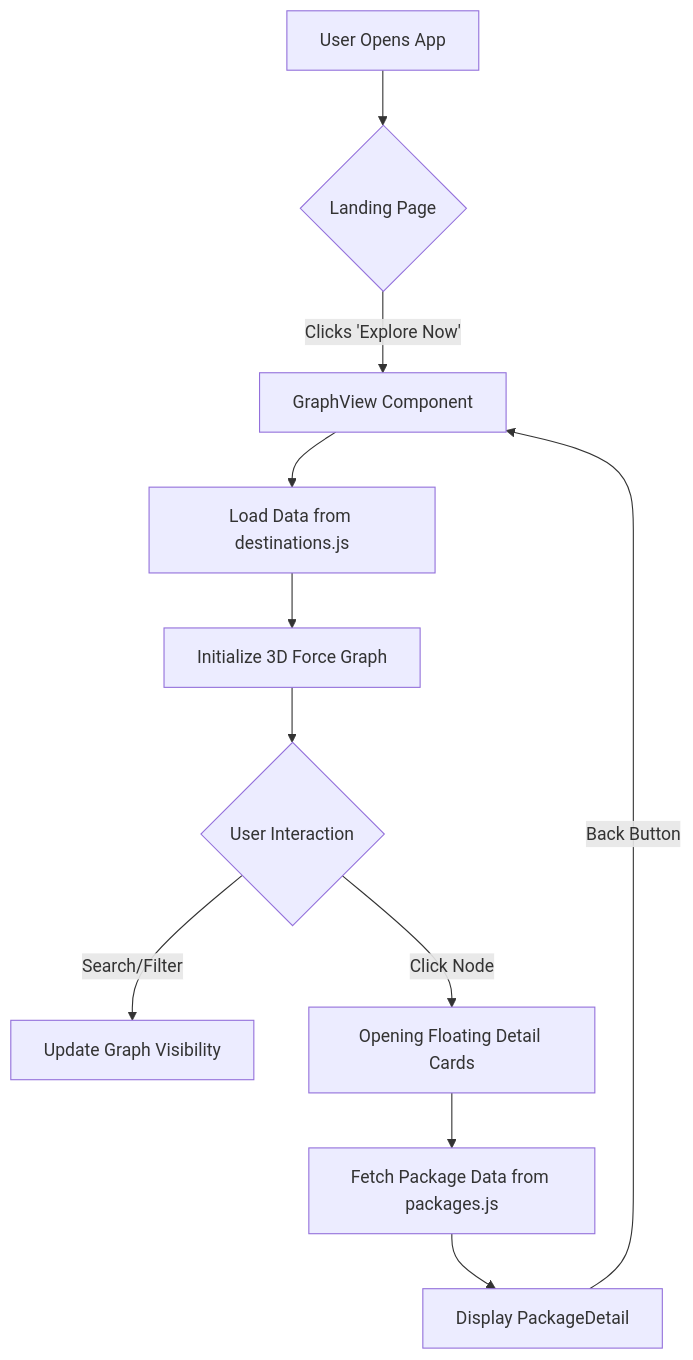
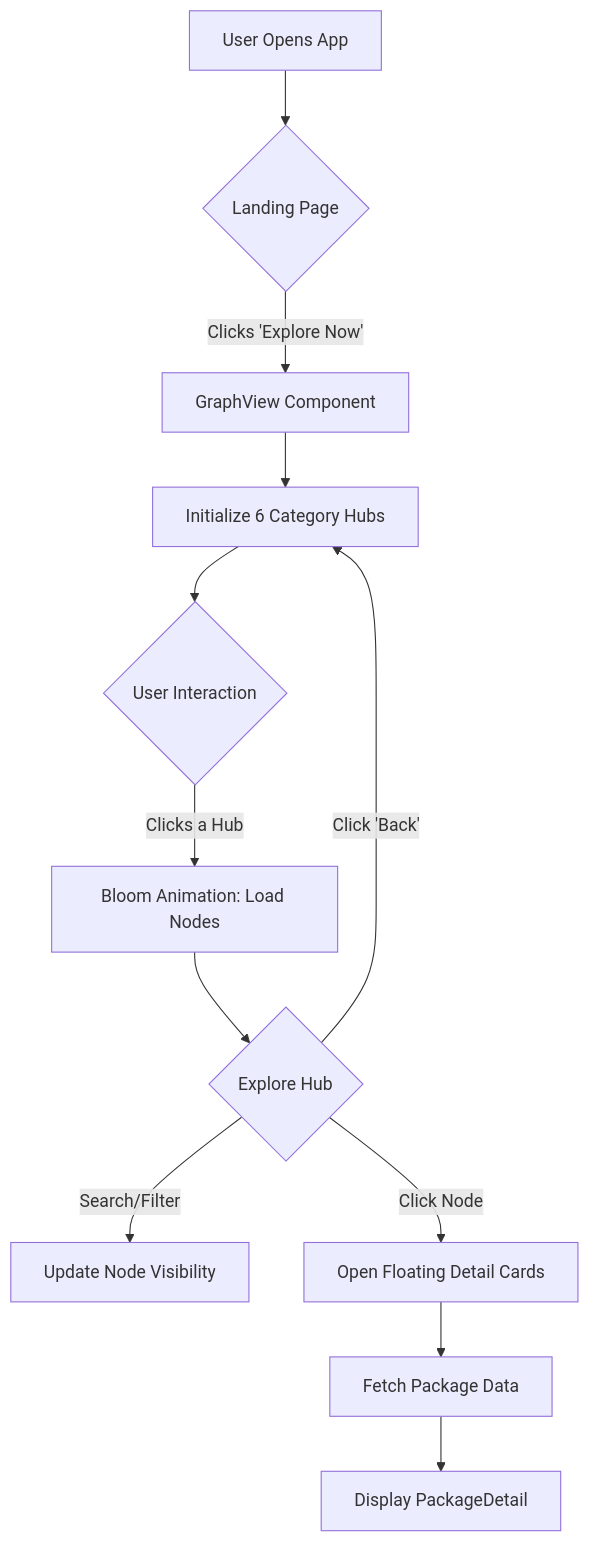
Before and after one commit to ms835857/z-tour: the diagram in PRESENTATION_GUIDE.md, drawn with Mermaid. The commit also changed 3 other files, not shown here.

````diff
--- a/PRESENTATION_GUIDE.md
+++ b/PRESENTATION_GUIDE.md
@@ -20,13 +20,14 @@
 ```mermaid
 graph TD
     A[User Opens App] --> B{Landing Page}
     B -->|Clicks 'Explore Now'| C[GraphView Component]
-    C --> D[Load Data from destinations.js]
-    D --> E[Initialize 3D Force Graph]
-    E --> F{User Interaction}
-    F -->|Search/Filter| G[Update Graph Visibility]
-    F -->|Click Node| H[Opening Floating Detail Cards]
-    H --> I[Fetch Package Data from packages.js]
-    I --> J[Display PackageDetail]
-    J -->|Back Button| C
+    C --> D[Initialize 6 Category Hubs]
+    D --> E{User Interaction}
+    E -->|Clicks a Hub| F[Bloom Animation: Load Nodes]
+    F --> G{Explore Hub}
+    G -->|Click 'Back'| D
+    G -->|Search/Filter| H[Update Node Visibility]
+    G -->|Click Node| I[Open Floating Detail Cards]
+    I --> J[Fetch Package Data]
+    J --> K[Display PackageDetail]
 ```
````
